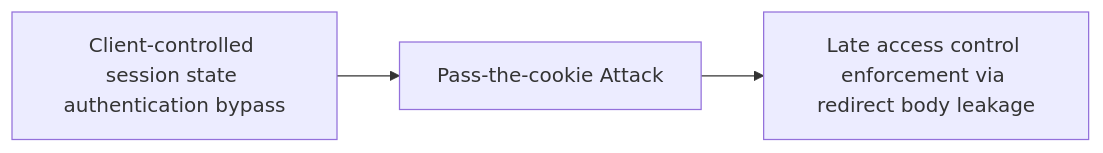
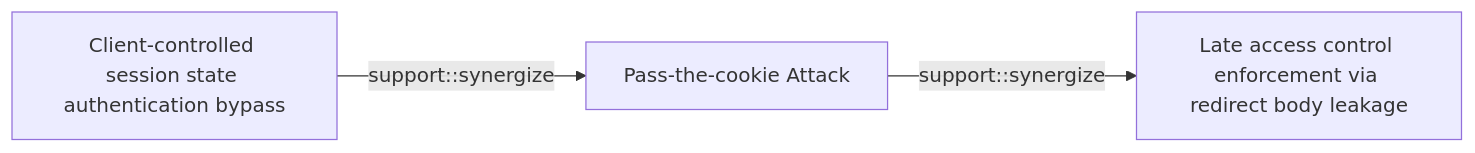
The first of 2 diagrams in docs/threats/client-controlled-session-state-authentication-bypass.md (opentidehq/library), drawn with Mermaid before and after one commit. The commit also changed other lines of this file and 277 other files, not shown here.

````diff
--- a/docs/threats/client-controlled-session-state-authentication-bypass.md
+++ b/docs/threats/client-controlled-session-state-authentication-bypass.md
@@ -36,8 +71,8 @@
 ```mermaid
 flowchart LR
 38adba1e_0961_4417_bd84_33fa9c42439f["Client-controlled session state authentication bypass"]
 b0d6bf74_b204_4a48_9509_4499ed795771["Pass-the-cookie Attack"]
 0663c192_cdeb_49a2_994c_4cc8e98f764e["Late access control enforcement via redirect body leakage"]
-38adba1e_0961_4417_bd84_33fa9c42439f --> b0d6bf74_b204_4a48_9509_4499ed795771
-b0d6bf74_b204_4a48_9509_4499ed795771 --> 0663c192_cdeb_49a2_994c_4cc8e98f764e
+38adba1e_0961_4417_bd84_33fa9c42439f -->|support::synergize| b0d6bf74_b204_4a48_9509_4499ed795771
+b0d6bf74_b204_4a48_9509_4499ed795771 -->|support::synergize| 0663c192_cdeb_49a2_994c_4cc8e98f764e
 ```
````
